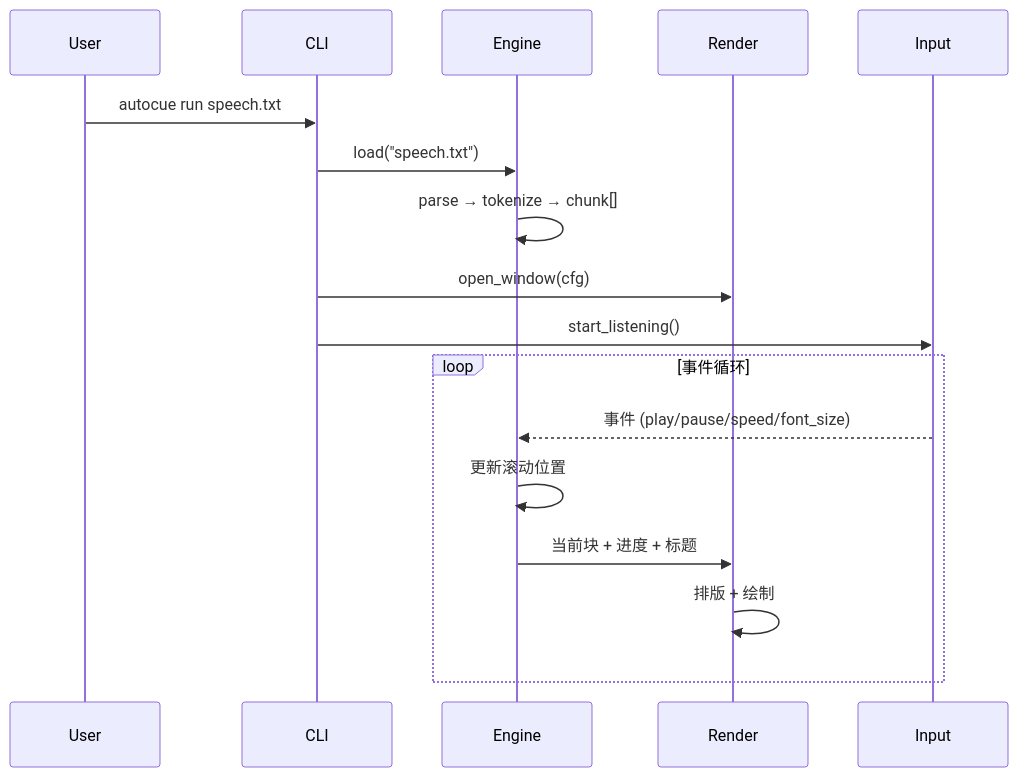
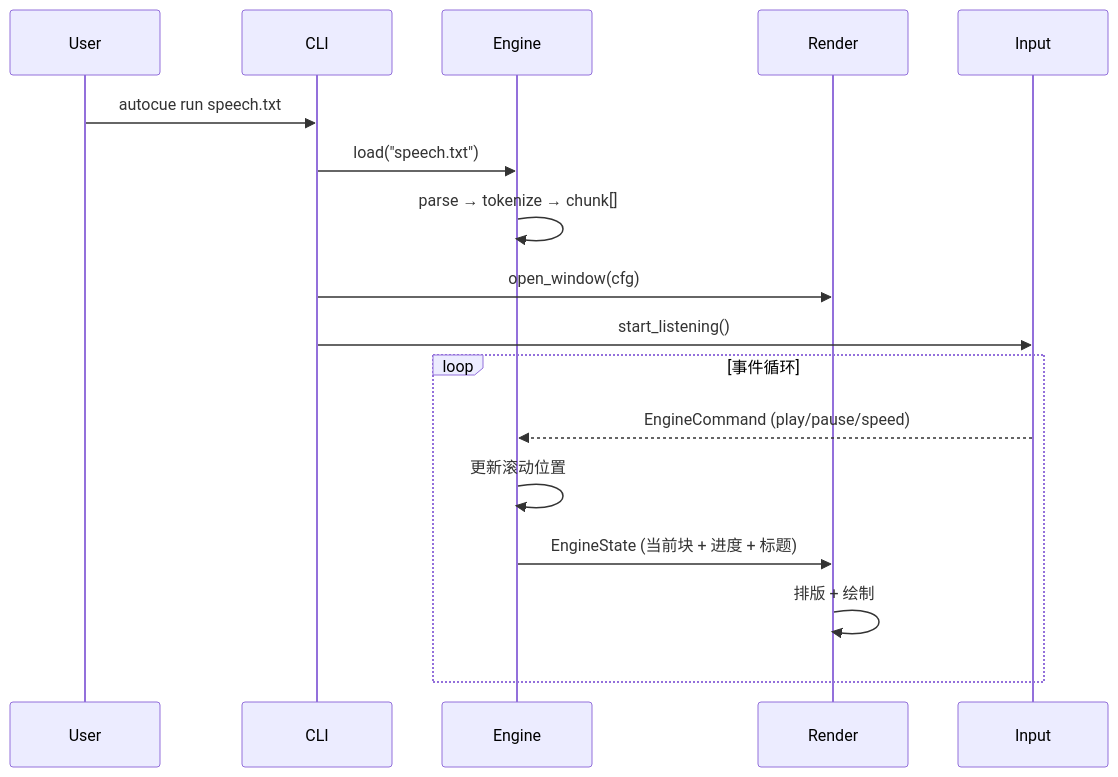
Before and after one commit to BassttElSevic/VibeRustAutocue: the third of 4 diagrams in ARCHITECTURE.md, drawn with Mermaid. The commit also changed other lines of this file, not shown here.

````diff
--- a/ARCHITECTURE.md
+++ b/ARCHITECTURE.md
@@ -129,21 +256,21 @@
 ```mermaid
 sequenceDiagram
     participant User
     participant CLI
     participant Engine
     participant Render
     participant Input
 
     User->>CLI: autocue run speech.txt
     CLI->>Engine: load("speech.txt")
     Engine->>Engine: parse → tokenize → chunk[]
     CLI->>Render: open_window(cfg)
     CLI->>Input: start_listening()
 
     loop 事件循环
-        Input-->>Engine: 事件 (play/pause/speed/font_size)
+        Input-->>Engine: EngineCommand (play/pause/speed)
         Engine->>Engine: 更新滚动位置
-        Engine->>Render: 当前块 + 进度 + 标题
+        Engine->>Render: EngineState (当前块 + 进度 + 标题)
         Render->>Render: 排版 + 绘制
     end
 ```
````
